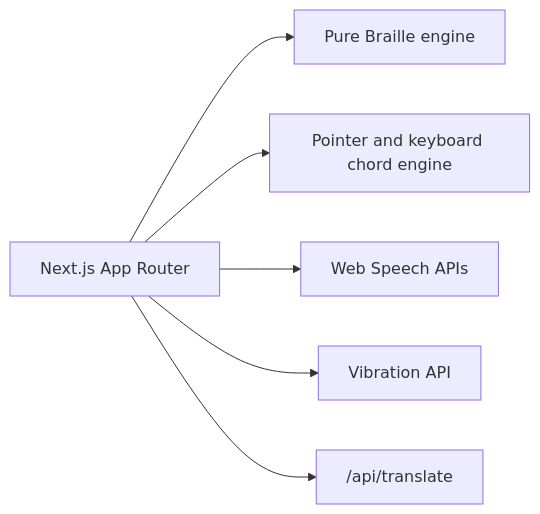
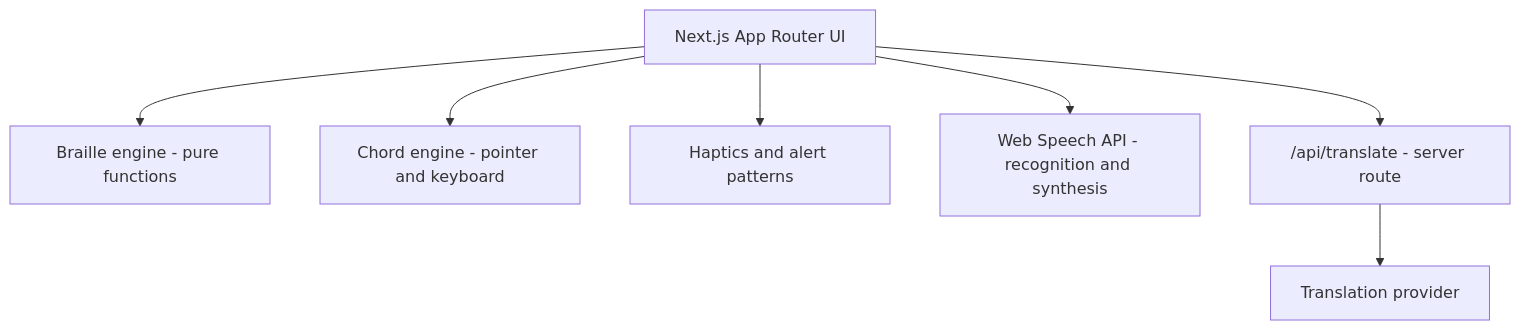
The second of 2 diagrams in README.md (Shivangi-projects/SparshBharati), drawn with Mermaid before and after one commit. The commit also changed other lines of this file and 3 other files, not shown here.

````diff
--- a/README.md
+++ b/README.md
@@ -7,8 +68,9 @@
 ```mermaid
-graph LR
-  UI[Next.js App Router] --> Braille[Pure Braille engine]
-  UI --> Chord[Pointer and keyboard chord engine]
-  UI --> Speech[Web Speech APIs]
-  UI --> Haptics[Vibration API]
-  UI --> Translate["/api/translate"]
+graph TD
+  UI[Next.js App Router UI] --> Braille[Braille engine - pure functions]
+  UI --> Chord[Chord engine - pointer and keyboard]
+  UI --> Haptics[Haptics and alert patterns]
+  UI --> Speech[Web Speech API - recognition and synthesis]
+  UI --> API["/api/translate - server route"]
+  API --> Provider[Translation provider]
 ```
````
